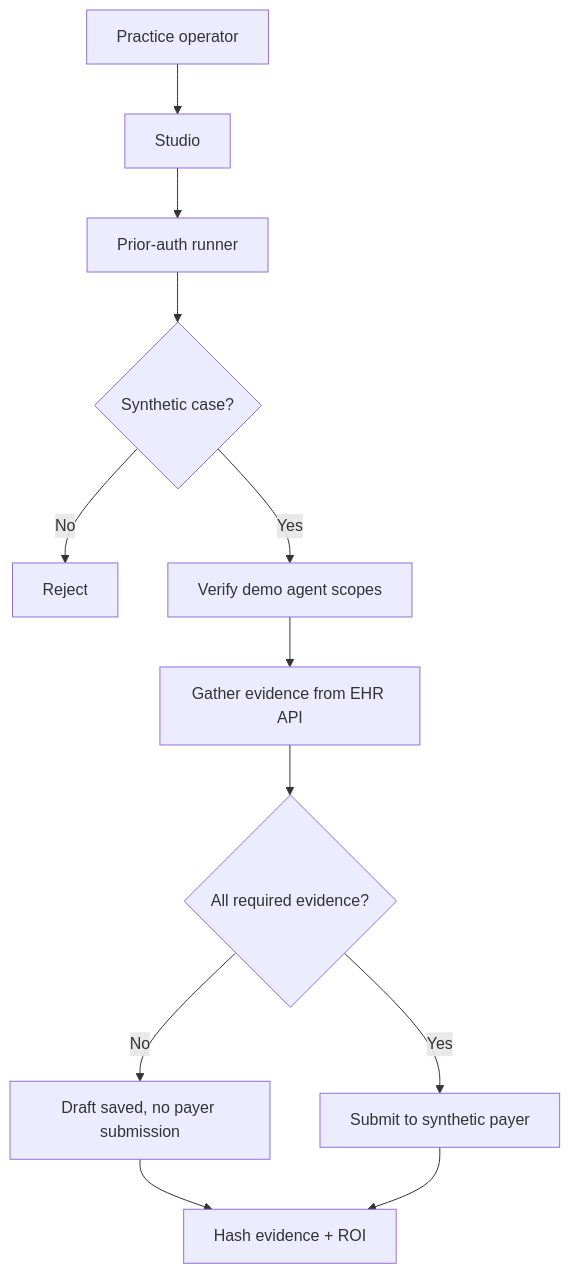
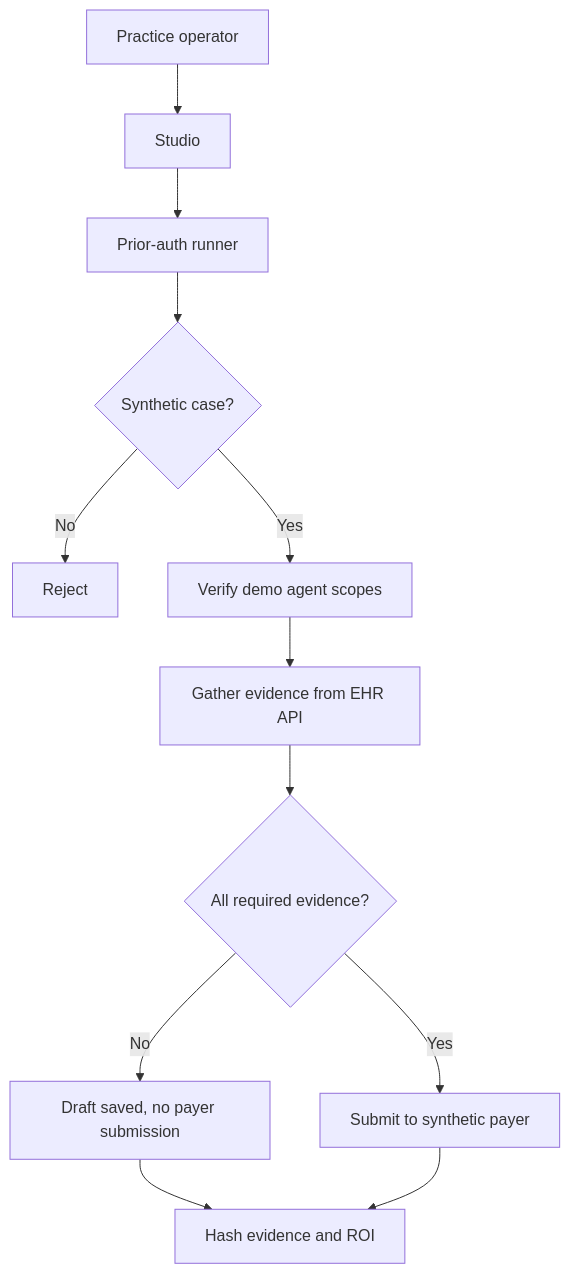
Before and after one commit to roshaninfordham/healthagentpassport: the first of 2 diagrams in docs/security-model.md, drawn with Mermaid. The commit also changed other lines of this file and 14 other files, not shown here.

Commit message:
Fix GitHub diagrams and simplify landing page

````diff
--- a/docs/security-model.md
+++ b/docs/security-model.md
@@ -9,14 +9,14 @@
 ```mermaid
 flowchart TD
-  User[Practice operator] --> UI[Studio]
-  UI --> Runner[Prior-auth runner]
-  Runner --> Synthetic{Synthetic case?}
-  Synthetic -->|No| Reject[Reject]
-  Synthetic -->|Yes| Scope[Verify demo agent scopes]
-  Scope --> Evidence[Gather evidence from EHR API]
-  Evidence --> Complete{All required evidence?}
-  Complete -->|No| Draft[Draft saved, no payer submission]
-  Complete -->|Yes| Submit[Submit to synthetic payer]
-  Draft --> Audit[Hash evidence + ROI]
+  User["Practice operator"] --> UI["Studio"]
+  UI --> Runner["Prior-auth runner"]
+  Runner --> Synthetic{"Synthetic case?"}
+  Synthetic -->|No| Reject["Reject"]
+  Synthetic -->|Yes| Scope["Verify demo agent scopes"]
+  Scope --> Evidence["Gather evidence from EHR API"]
+  Evidence --> Complete{"All required evidence?"}
+  Complete -->|No| Draft["Draft saved, no payer submission"]
+  Complete -->|Yes| Submit["Submit to synthetic payer"]
+  Draft --> Audit["Hash evidence and ROI"]
   Submit --> Audit
 ```
````
